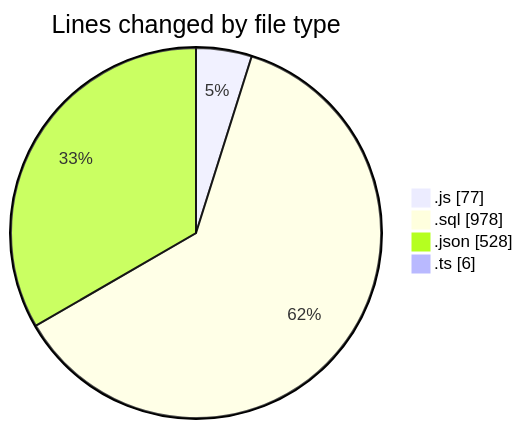
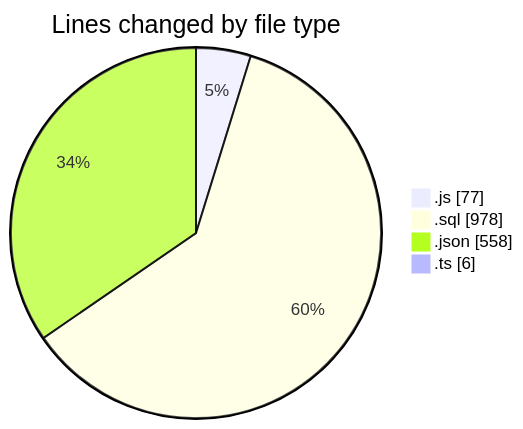
The first of 2 diagrams in 2026-05-20/cda/README.md (momahboobian/code-tracking), drawn with Mermaid before and after one commit. The commit also changed other lines of this file and 1 other file, not shown here.

````diff
--- a/2026-05-20/cda/README.md
+++ b/2026-05-20/cda/README.md
@@ -27,8 +27,8 @@
 ```mermaid
 pie showData
 title Lines changed by file type
 ".js" : 77
 ".sql" : 978
-".json" : 528
+".json" : 558
 ".ts" : 6
 ```
````
